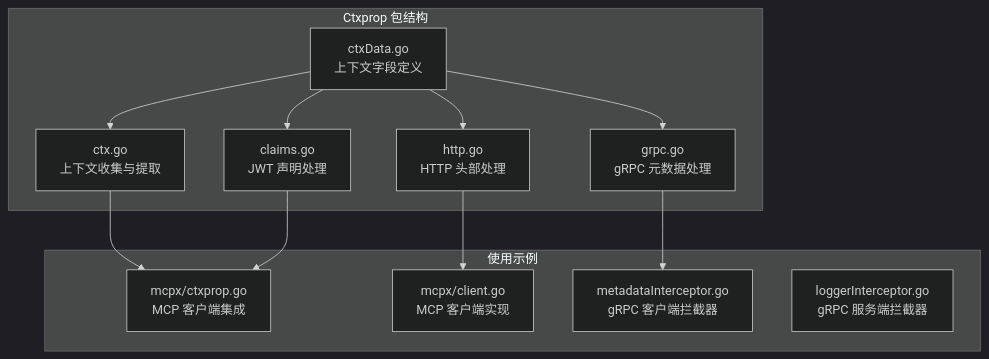
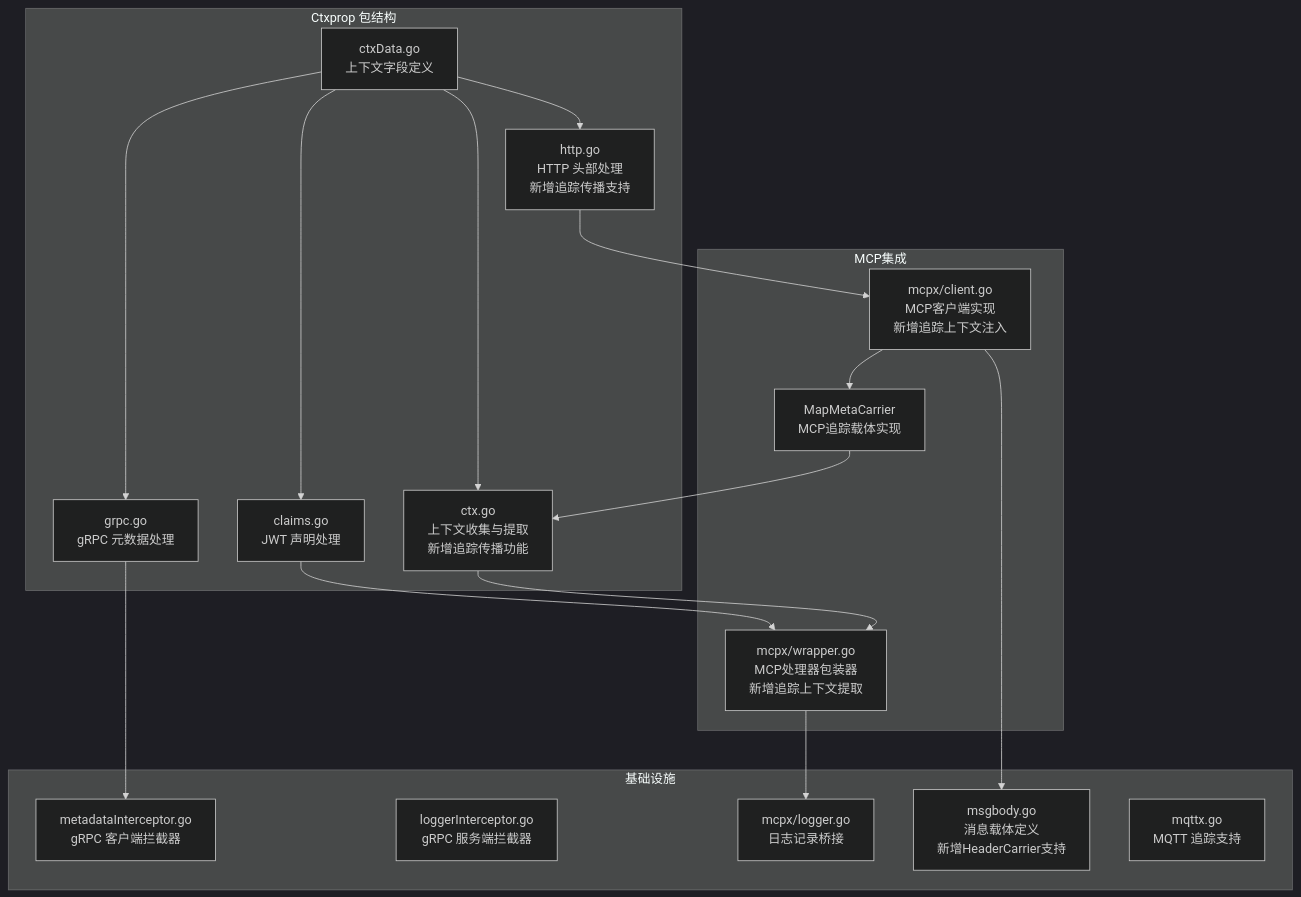
One commit to maomao94/zero-service changed the first of 15 diagrams in .qoder/repowiki/zh/content/Ctxprop Package.md. Above: the diagram before and after it, drawn with Mermaid (dark theme). The commit also changed other lines of this file and 25 other files, not shown here.

````diff
--- a/.qoder/repowiki/zh/content/Ctxprop Package.md
+++ b/.qoder/repowiki/zh/content/Ctxprop Package.md
@@ -46,24 +51,34 @@
 ```mermaid
 graph TB
 subgraph "Ctxprop 包结构"
-A[ctx.go<br/>上下文收集与提取]
+A[ctx.go<br/>上下文收集与提取<br/>新增追踪传播功能]
 B[grpc.go<br/>gRPC 元数据处理]
-C[http.go<br/>HTTP 头部处理]
+C[http.go<br/>HTTP 头部处理<br/>新增追踪传播支持]
 D[claims.go<br/>JWT 声明处理]
 E[ctxData.go<br/>上下文字段定义]
 end
-subgraph "使用示例"
-F[mcpx/ctxprop.go<br/>MCP 客户端集成]
-G[mcpx/client.go<br/>MCP 客户端实现]
-H[metadataInterceptor.go<br/>gRPC 客户端拦截器]
-I[loggerInterceptor.go<br/>gRPC 服务端拦截器]
+subgraph "MCP集成"
+F[mcpx/wrapper.go<br/>MCP处理器包装器<br/>新增追踪上下文提取]
+G[mcpx/client.go<br/>MCP客户端实现<br/>新增追踪上下文注入]
+H[MapMetaCarrier<br/>MCP追踪载体实现]
+end
+subgraph "基础设施"
+I[metadataInterceptor.go<br/>gRPC 客户端拦截器]
+J[loggerInterceptor.go<br/>gRPC 服务端拦截器]
+K[mcpx/logger.go<br/>日志记录桥接]
+L[msgbody.go<br/>消息载体定义<br/>新增HeaderCarrier支持]
+M[mqttx.go<br/>MQTT 追踪支持]
 end
 E --> A
 E --> B
 E --> C
 E --> D
 A --> F
-B --> H
+B --> I
 C --> G
 D --> F
+F --> K
+G --> H
+G --> L
+H --> A
 ```
````
